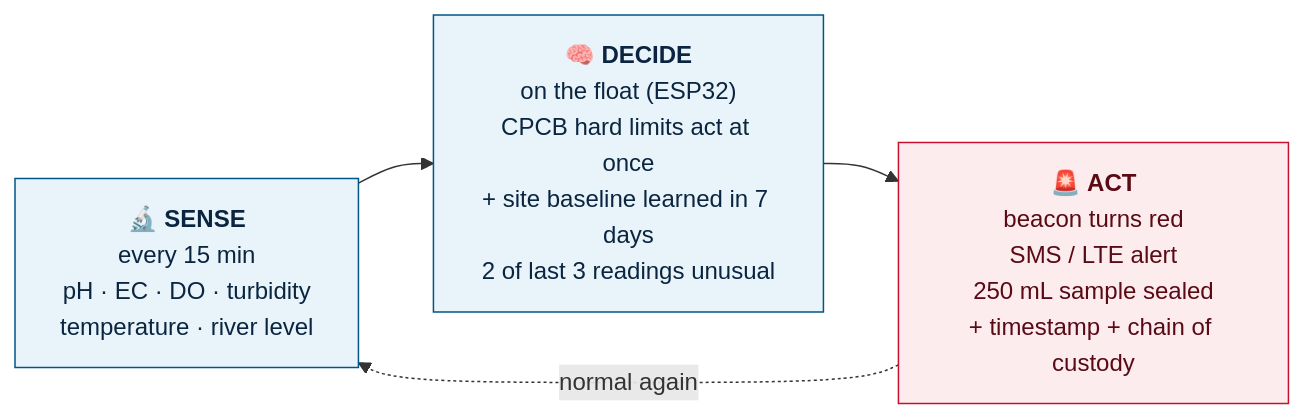
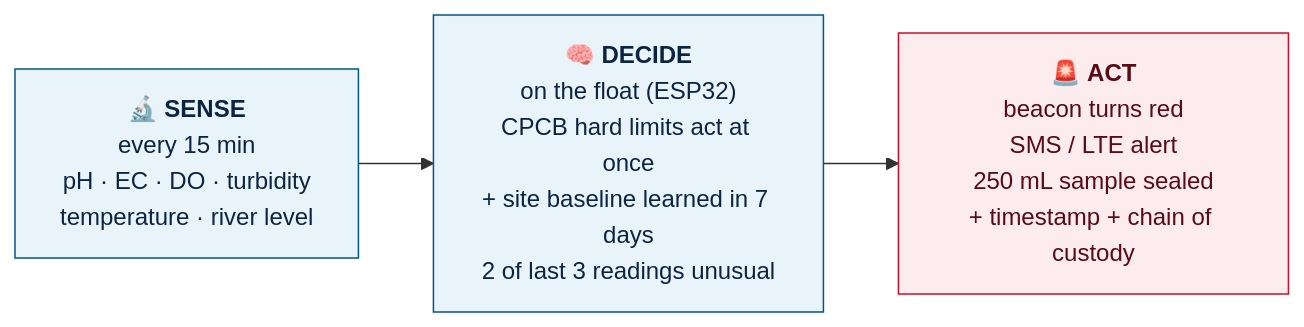
One commit to soham0777/AquaSentinel changed the first of 3 diagrams in README.md. Above: the diagram before and after it, drawn with Mermaid.

Commit message:
README: straighten the sense-decide-act diagram

````diff
--- a/README.md
+++ b/README.md
@@ -52,11 +52,10 @@
 ```mermaid
 flowchart LR
     S["🔬 <b>SENSE</b><br/>every 15 min<br/>pH · EC · DO · turbidity<br/>temperature · river level"]
     D["🧠 <b>DECIDE</b><br/>on the float (ESP32)<br/>CPCB hard limits act at once<br/>+ site baseline learned in 7 days<br/>2 of last 3 readings unusual"]
     A["🚨 <b>ACT</b><br/>beacon turns red<br/>SMS / LTE alert<br/>250 mL sample sealed<br/>+ timestamp + chain of custody"]
     S --> D --> A
-    A -. "normal again" .-> S
     style S fill:#E8F4FA,stroke:#005686,color:#0B2540
     style D fill:#E8F4FA,stroke:#005686,color:#0B2540
     style A fill:#FDECEE,stroke:#C8102E,color:#5A0A14
 ```
````
